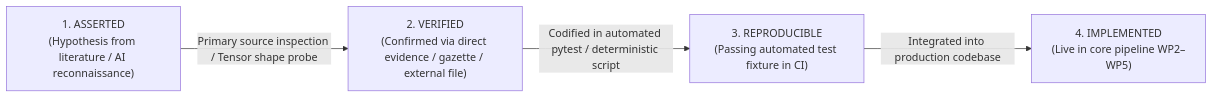
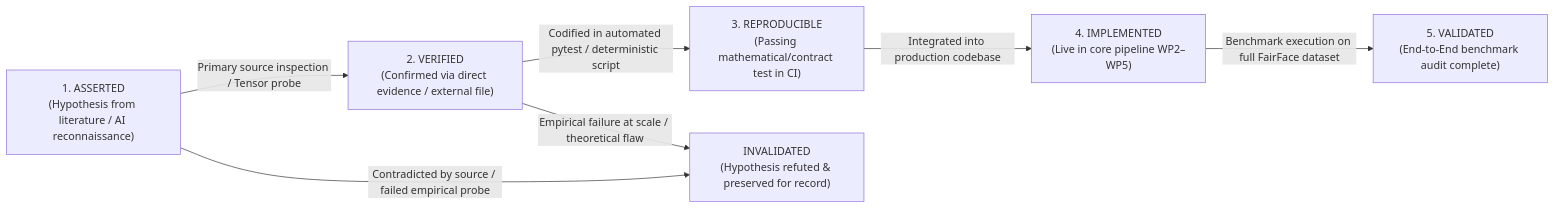
Before and after one commit to Aaradhya-Dev-Tamrakar/BiasAperture: the diagram in docs/research/CLAIM_LEDGER.md, drawn with Mermaid. The commit also changed other lines of this file and 5 other files, not shown here.

````diff
--- a/docs/research/CLAIM_LEDGER.md
+++ b/docs/research/CLAIM_LEDGER.md
@@ -14,6 +14,10 @@
 ```mermaid
 flowchart LR
-    A["1. ASSERTED\n(Hypothesis from literature / AI reconnaissance)"] -->|Primary source inspection / Tensor shape probe| V["2. VERIFIED\n(Confirmed via direct evidence / gazette / external file)"]
-    V -->|Codified in automated pytest / deterministic script| R["3. REPRODUCIBLE\n(Passing automated test fixture in CI)"]
+    A["1. ASSERTED\n(Hypothesis from literature / AI reconnaissance)"] -->|Primary source inspection / Tensor probe| V["2. VERIFIED\n(Confirmed via direct evidence / external file)"]
+    V -->|Codified in automated pytest / deterministic script| R["3. REPRODUCIBLE\n(Passing mathematical/contract test in CI)"]
     R -->|Integrated into production codebase| I["4. IMPLEMENTED\n(Live in core pipeline WP2–WP5)"]
+    I -->|Benchmark execution on full FairFace dataset| VAL["5. VALIDATED\n(End-to-End benchmark audit complete)"]
+    
+    A -->|Contradicted by source / failed empirical probe| INV["INVALIDATED\n(Hypothesis refuted & preserved for record)"]
+    V -->|Empirical failure at scale / theoretical flaw| INV
 ```
````
